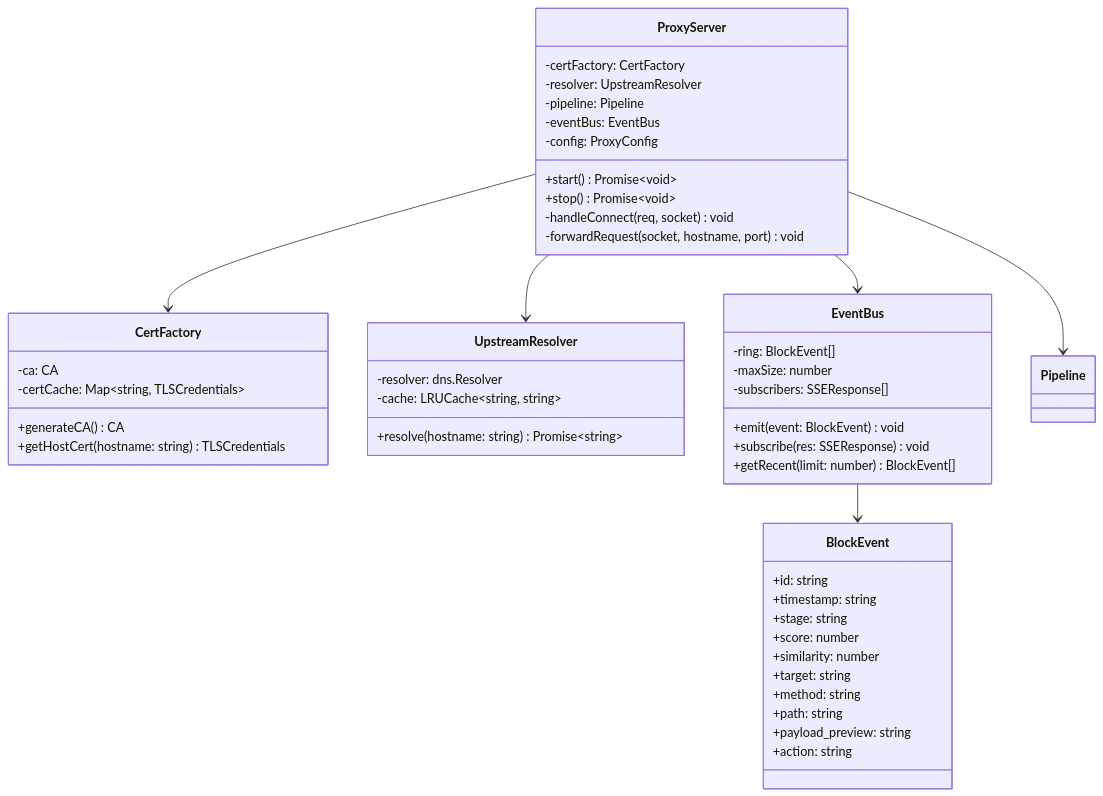
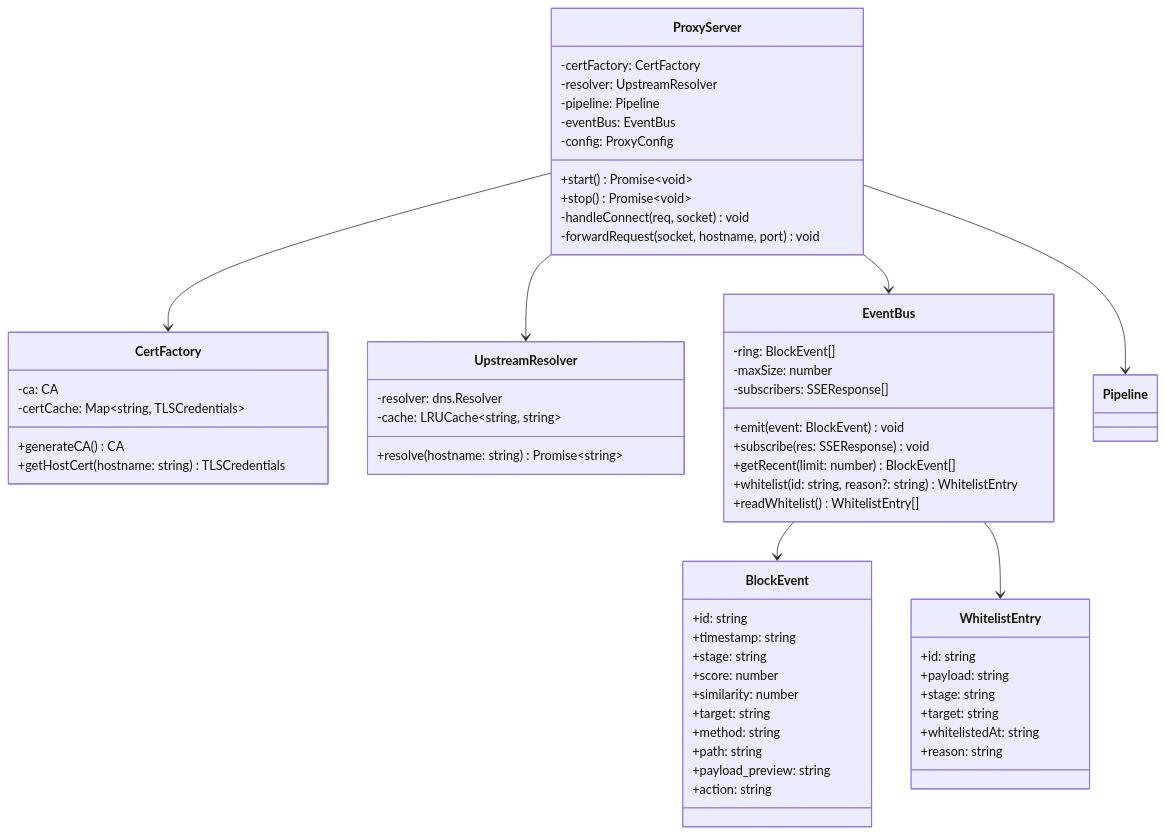
The fourth of 11 diagrams in docs/ARCHITECTURE.md (PIsberg/llm-fw), drawn with Mermaid before and after one commit. The commit also changed other lines of this file and 2 other files, not shown here.

First line of the commit message:
docs: update README + ARCHITECTURE for whitelist, translate, IDE proxy & env-var uninstall

````diff
--- a/docs/ARCHITECTURE.md
+++ b/docs/ARCHITECTURE.md
@@ -163,55 +165,67 @@
 ```mermaid
 classDiagram
     class ProxyServer {
         -certFactory: CertFactory
         -resolver: UpstreamResolver
         -pipeline: Pipeline
         -eventBus: EventBus
         -config: ProxyConfig
         +start() Promise~void~
         +stop() Promise~void~
         -handleConnect(req, socket) void
         -forwardRequest(socket, hostname, port) void
     }
 
     class CertFactory {
         -ca: CA
         -certCache: Map~string, TLSCredentials~
         +generateCA() CA
         +getHostCert(hostname: string) TLSCredentials
     }
 
     class UpstreamResolver {
         -resolver: dns.Resolver
         -cache: LRUCache~string, string~
         +resolve(hostname: string) Promise~string~
     }
 
     class EventBus {
         -ring: BlockEvent[]
         -maxSize: number
         -subscribers: SSEResponse[]
         +emit(event: BlockEvent) void
         +subscribe(res: SSEResponse) void
         +getRecent(limit: number) BlockEvent[]
+        +whitelist(id: string, reason?: string) WhitelistEntry
+        +readWhitelist() WhitelistEntry[]
+    }
+
+    class WhitelistEntry {
+        +id: string
+        +payload: string
+        +stage: string
+        +target: string
+        +whitelistedAt: string
+        +reason: string
     }
 
     class BlockEvent {
         +id: string
         +timestamp: string
         +stage: string
         +score: number
         +similarity: number
         +target: string
         +method: string
         +path: string
         +payload_preview: string
         +action: string
     }
 
     ProxyServer --> CertFactory
     ProxyServer --> UpstreamResolver
     ProxyServer --> Pipeline
     ProxyServer --> EventBus
     EventBus --> BlockEvent
+    EventBus --> WhitelistEntry
 ```
````
